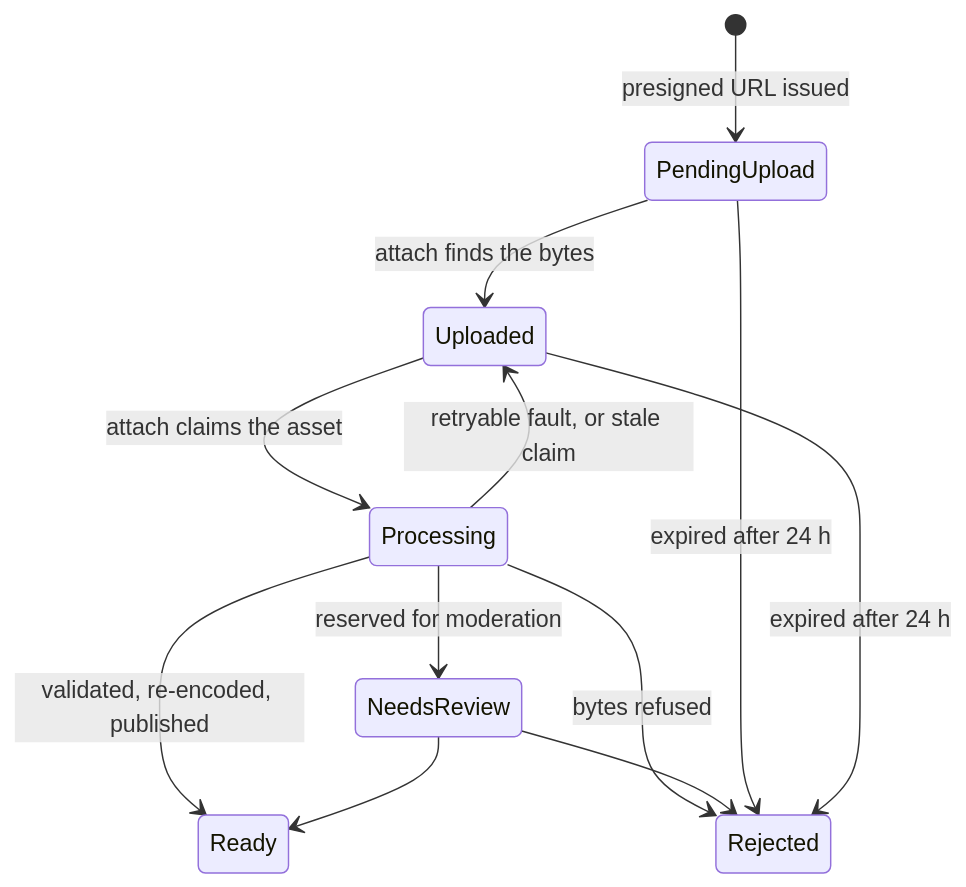
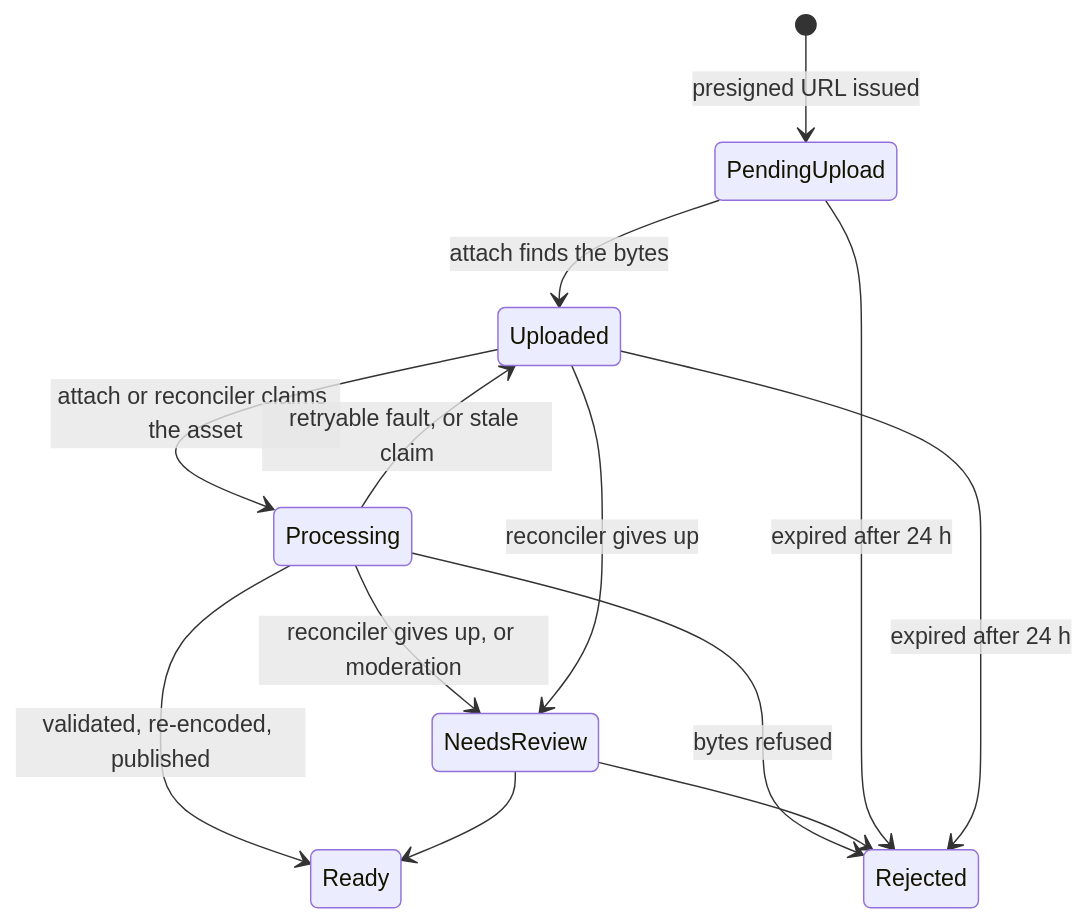
The second of 2 diagrams in docs/ARCHITECTURE.md (thomastran117x/Elevate), drawn with Mermaid before and after one commit. The commit also changed other lines of this file and 6 other files, not shown here.

````diff
--- a/docs/ARCHITECTURE.md
+++ b/docs/ARCHITECTURE.md
@@ -56,14 +60,15 @@
 ```mermaid
 stateDiagram-v2
     [*] --> PendingUpload: presigned URL issued
     PendingUpload --> Uploaded: attach finds the bytes
-    Uploaded --> Processing: attach claims the asset
+    Uploaded --> Processing: attach or reconciler claims the asset
     Processing --> Ready: validated, re-encoded, published
     Processing --> Rejected: bytes refused
     Processing --> Uploaded: retryable fault, or stale claim
-    Processing --> NeedsReview: reserved for moderation
+    Processing --> NeedsReview: reconciler gives up, or moderation
+    Uploaded --> NeedsReview: reconciler gives up
     NeedsReview --> Ready
     NeedsReview --> Rejected
     PendingUpload --> Rejected: expired after 24 h
     Uploaded --> Rejected: expired after 24 h
 ```
````
